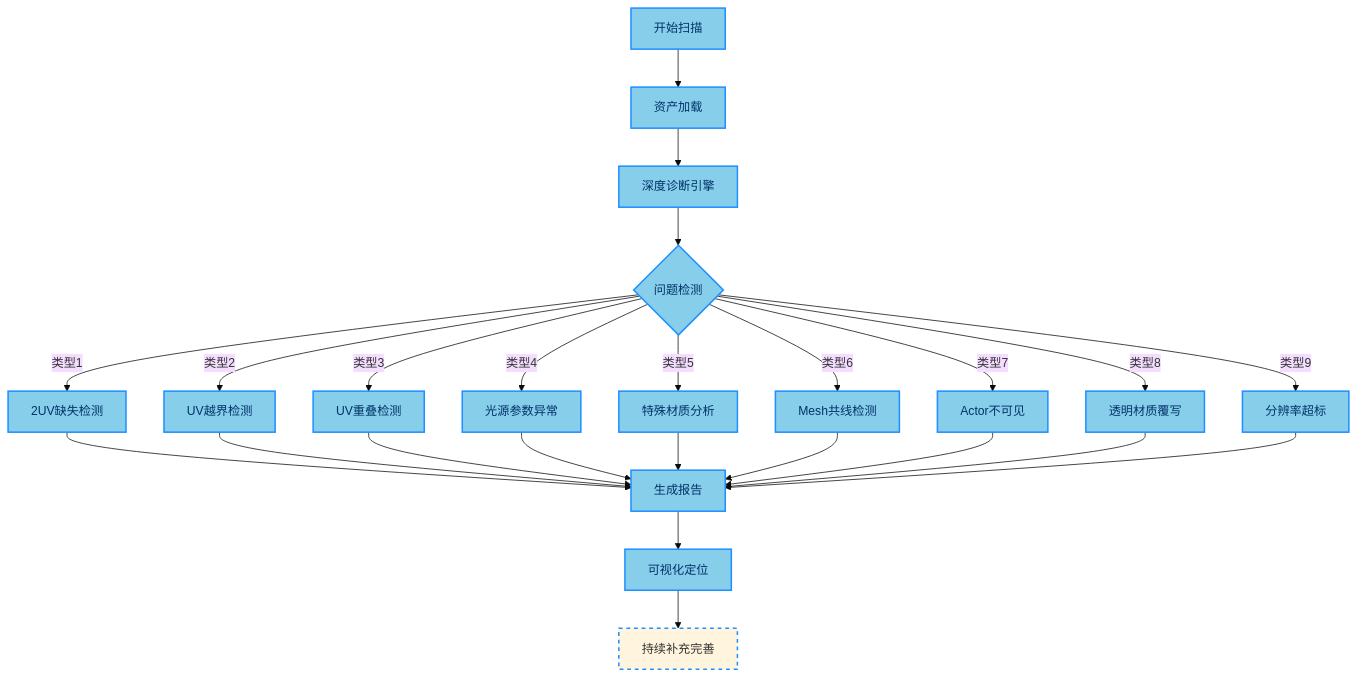
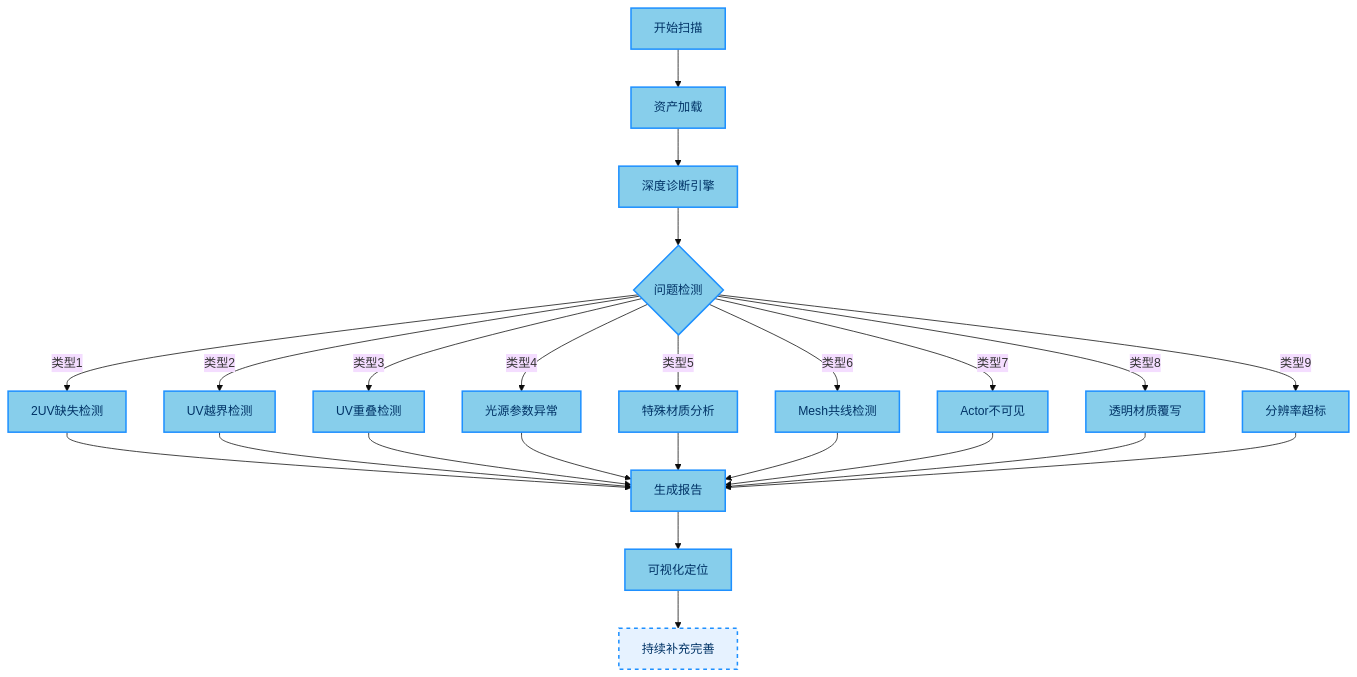
The diagram in all/未命名-2.md (archieluan/iodraw-files), drawn with Mermaid (base theme) before and after one commit.

Commit message:
2025-06-07 12:31:23 update

````diff
--- a/all/未命名-2.md
+++ b/all/未命名-2.md
@@ -1,33 +1,39 @@
 ```mermaid
 graph TD
   A[开始扫描]:::blueNode --> B[资产加载]
   B --> C[深度诊断引擎]
   C --> D{问题检测}:::diamond
   D -->|类型1| E[2UV缺失检测]
   D -->|类型2| F[UV越界检测]
   D -->|类型3| G[UV重叠检测]
   D -->|类型4| H[光源参数异常]
   D -->|类型5| I[特殊材质分析]
   D -->|类型6| J[Mesh共线检测]
   D -->|类型7| K[Actor不可见]
   D -->|类型8| L[透明材质覆写]
   D -->|类型9| M[分辨率超标]
   E --> N[生成报告]:::report
   F --> N
   G --> N
   H --> N
   I --> N
   J --> N
   K --> N
   L --> N
   M --> N
-  N --> O[可视化定位]
-  O --> P[持续补充完善]
-  style P stroke:#1E90FF,stroke-width:2px,stroke-dasharray:5 5,fill:#:#87CEEB
+  N --> O[可视化定位]:::action
+  O --> P[持续补充完善]:::special
+  style P stroke:#1E90FF,stroke-width:2px,stroke-dasharray:5 5,fill:#E6F2FF
 
   classDef blueNode fill:#87CEEB,stroke:#1E90FF,stroke-width:2px,color:#003366
-
-    class A,B,C,D,E,F,G,H,I,J,K,L,M,N,O blueNode;
+  classDef diamond fill:#B0E0E6,stroke:#1E90FF,stroke-width:2px,color:#003366
+  classDef report fill:#E6F2FF,stroke:#1E90FF,stroke-width:1.5px,color:#003366
+  classDef action fill:#87CEEB,stroke:#1E90FF,stroke-width:2px,color:#003366
+  classDef special fill:#F0F8FF,stroke:#1E90FF,stroke-width:2px,color:#003366
+  
+  class A,B,C,D,E,F,G,H,I,J,K,L,M,N,O blueNode;
 
 
+  class O action;
+  class P special;
 ```
````
